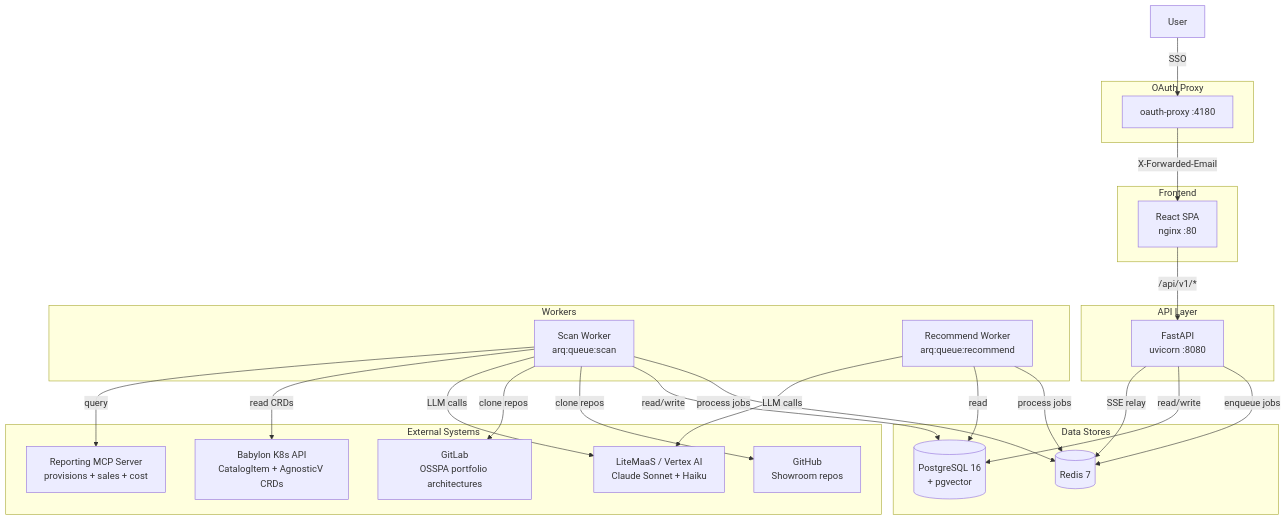
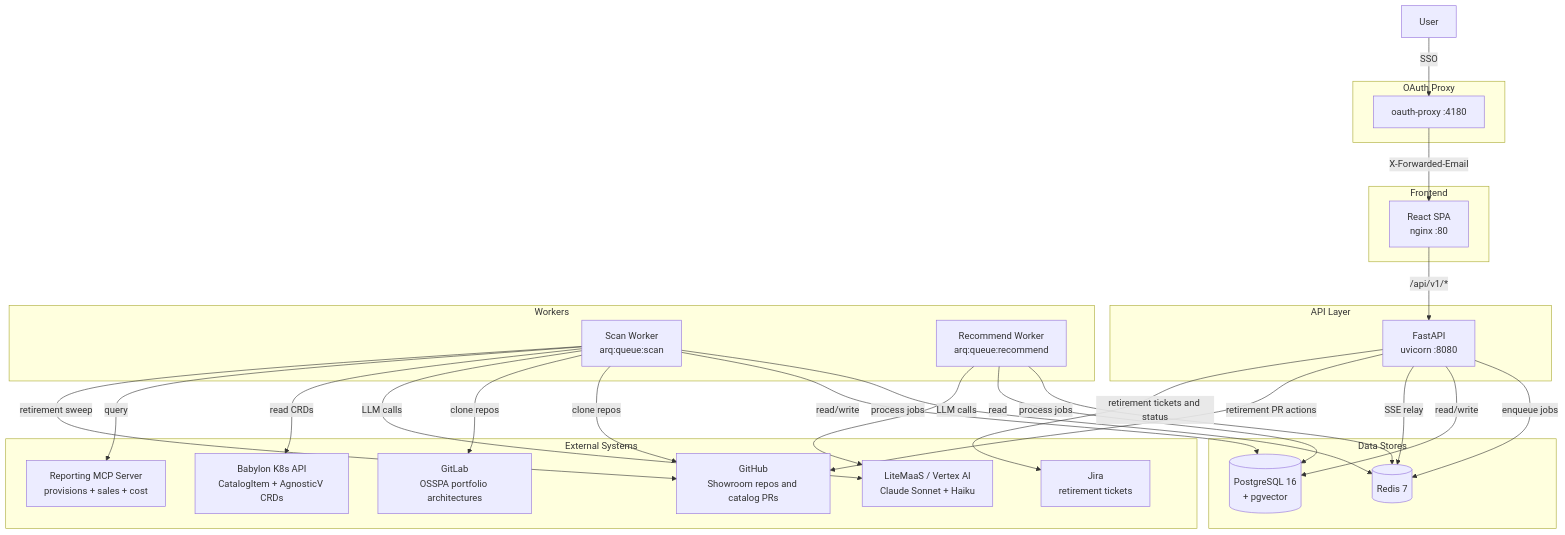
One commit to rhpds/rcars changed the diagram in docs/architecture/system-design.md. Above: the diagram before and after it, drawn with Mermaid. The commit also changed other lines of this file and 51 other files, not shown here.

````diff
--- a/docs/architecture/system-design.md
+++ b/docs/architecture/system-design.md
@@ -27,49 +27,53 @@
 ```mermaid
 graph TB
     subgraph "Frontend"
         FE[React SPA<br/>nginx :80]
     end
     
     subgraph "OAuth Proxy"
         OA[oauth-proxy :4180]
     end
     
     subgraph "API Layer"
         API[FastAPI<br/>uvicorn :8080]
     end
     
     subgraph "Workers"
         SW[Scan Worker<br/>arq:queue:scan]
         RW[Recommend Worker<br/>arq:queue:recommend]
     end
     
     subgraph "Data Stores"
         PG[(PostgreSQL 16<br/>+ pgvector)]
         RD[(Redis 7)]
     end
     
     subgraph "External Systems"
         K8S[Babylon K8s API<br/>CatalogItem + AgnosticV CRDs]
-        GH[GitHub<br/>Showroom repos]
+        GH[GitHub<br/>Showroom repos and catalog PRs]
+        Jira[Jira<br/>retirement tickets]
         GL[GitLab<br/>OSSPA portfolio architectures]
         LLM[LiteMaaS / Vertex AI<br/>Claude Sonnet + Haiku]
         RPT[Reporting MCP Server<br/>provisions + sales + cost]
     end
     
     User -->|SSO| OA
     OA -->|X-Forwarded-Email| FE
     FE -->|/api/v1/*| API
     API -->|enqueue jobs| RD
     API -->|read/write| PG
     API -->|SSE relay| RD
+    API -->|retirement PR actions| GH
+    API -->|retirement tickets and status| Jira
     SW -->|process jobs| RD
     SW -->|read/write| PG
     SW -->|clone repos| GH
     SW -->|clone repos| GL
     SW -->|LLM calls| LLM
     SW -->|read CRDs| K8S
     SW -->|query| RPT
+    SW -->|retirement sweep| GH
     RW -->|process jobs| RD
     RW -->|read| PG
     RW -->|LLM calls| LLM
 ```
````
